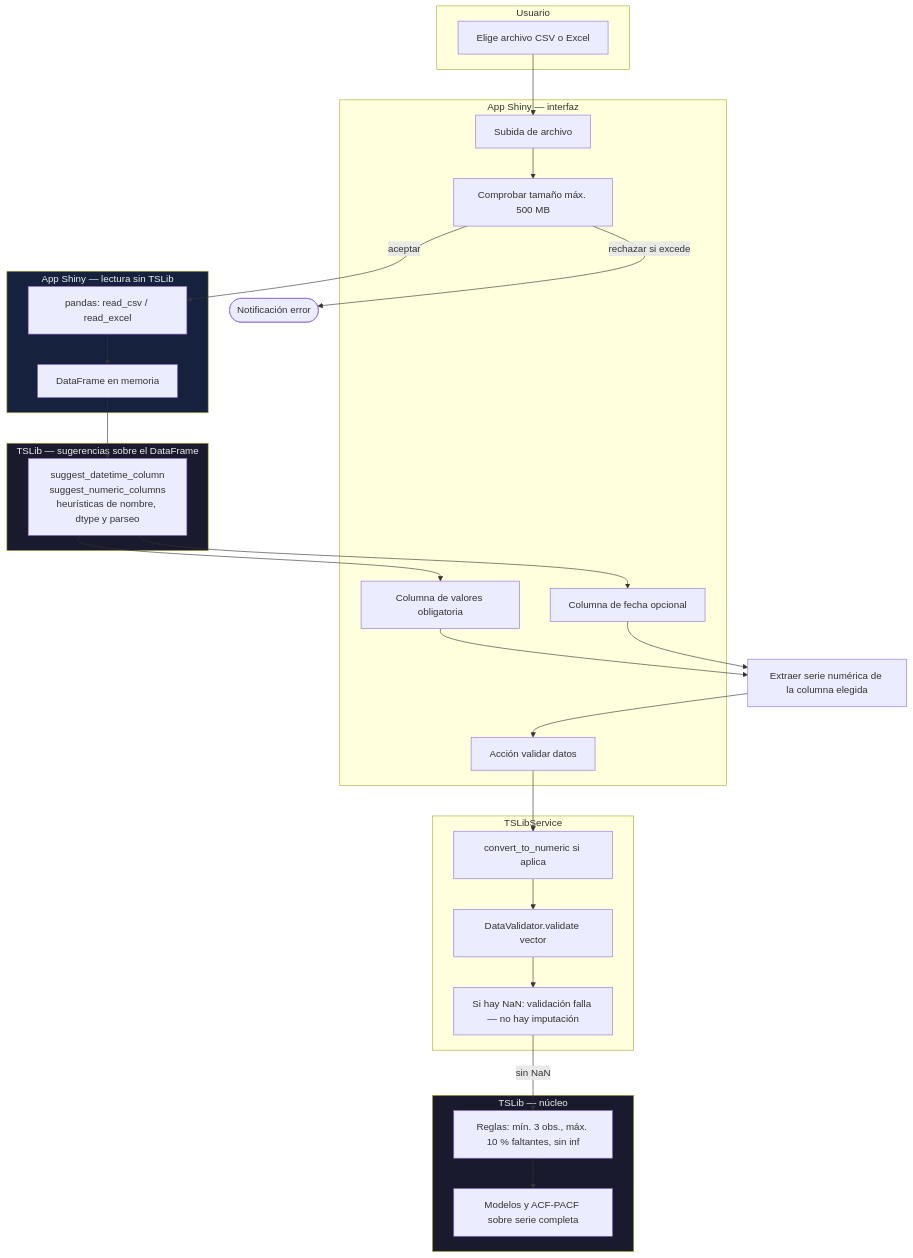
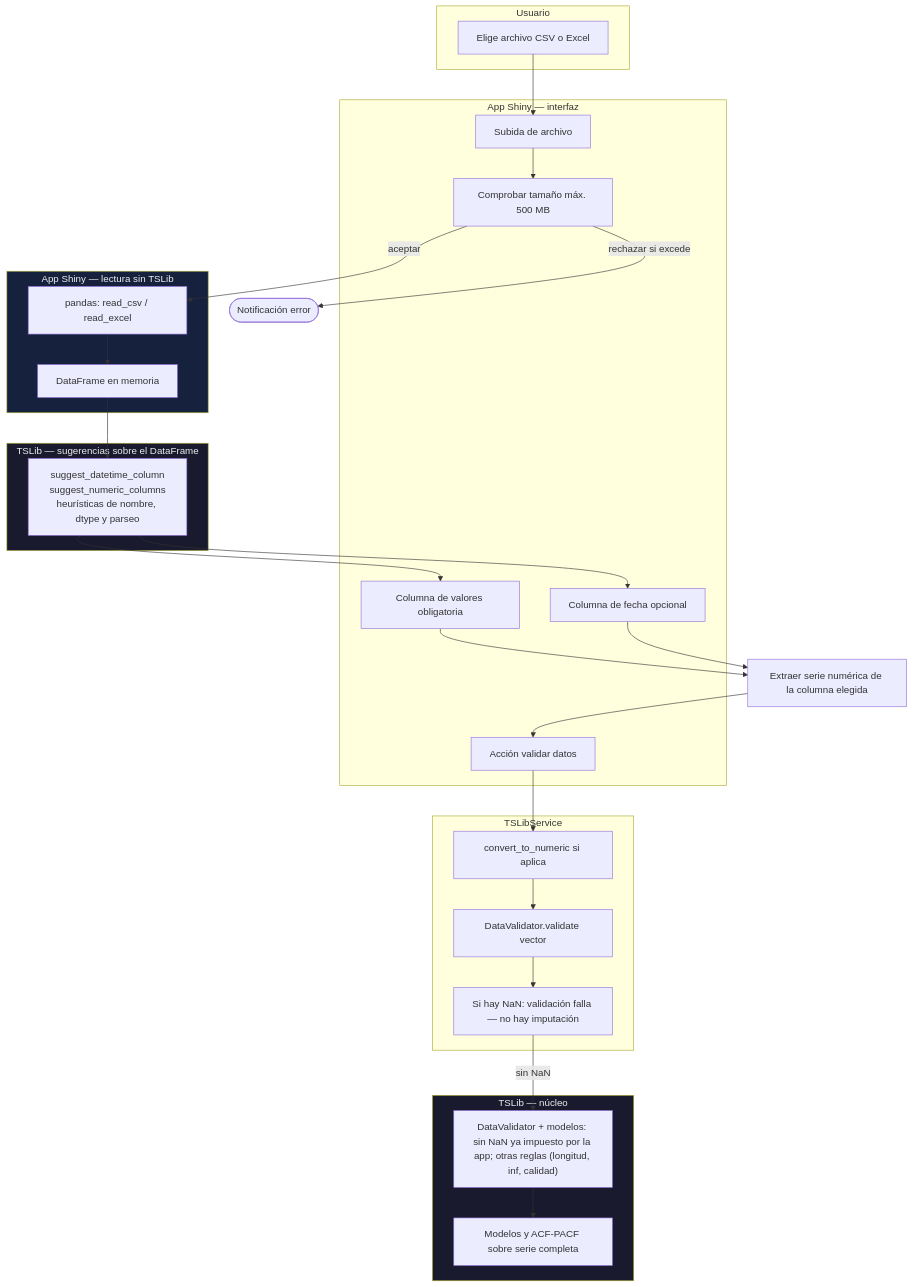
The first of 2 diagrams in diagrams/01-ingesta/DOCUMENTACION.md (jesus1612/time-series-project), drawn with Mermaid before and after one commit. The commit also changed other lines of this file and 14 other files, not shown here.

````diff
--- a/diagrams/01-ingesta/DOCUMENTACION.md
+++ b/diagrams/01-ingesta/DOCUMENTACION.md
@@ -11,55 +11,55 @@
 ```mermaid
 flowchart TB
   subgraph USUARIO["Usuario"]
     A[Elige archivo CSV o Excel]
   end
 
   subgraph UI["App Shiny — interfaz"]
     B[Subida de archivo]
     LIM["Comprobar tamaño máx. 500 MB"]
     C[Columna de valores obligatoria]
     D[Columna de fecha opcional]
     E[Acción validar datos]
   end
 
   subgraph LECTURA["App Shiny — lectura sin TSLib"]
     F["pandas: read_csv / read_excel"]
     G["DataFrame en memoria"]
   end
 
   subgraph TSLIB_TAB["TSLib — sugerencias sobre el DataFrame"]
     SUG["suggest_datetime_column\nsuggest_numeric_columns\nheurísticas de nombre, dtype y parseo"]
   end
 
   subgraph SERVICIO["TSLibService"]
     I["convert_to_numeric si aplica"]
     J["DataValidator.validate vector"]
     Z["Si hay NaN: validación falla — no hay imputación"]
   end
 
   subgraph TSLIB["TSLib — núcleo"]
-    L["Reglas: mín. 3 obs., máx. 10 % faltantes, sin inf"]
+    L["DataValidator + modelos: sin NaN ya impuesto por la app; otras reglas (longitud, inf, calidad)"]
     M["Modelos y ACF-PACF sobre serie completa"]
   end
 
   A --> B
   B --> LIM
   LIM -->|rechazar si excede| X([Notificación error])
   LIM -->|aceptar| F
   F --> G
   G --> SUG
   SUG --> C
   SUG --> D
   C --> H["Extraer serie numérica de la columna elegida"]
   D --> H
   H --> E
   E --> I
   I --> J
   J --> Z
   Z -->|sin NaN| L
   L --> M
 
   style TSLIB fill:#1a1a2e,color:#eee
   style TSLIB_TAB fill:#1a1a2e,color:#eee
   style LECTURA fill:#16213e,color:#eee
 ```
````
